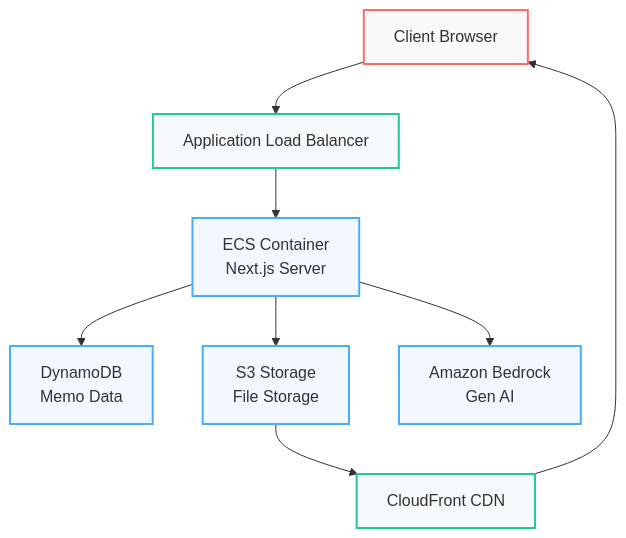
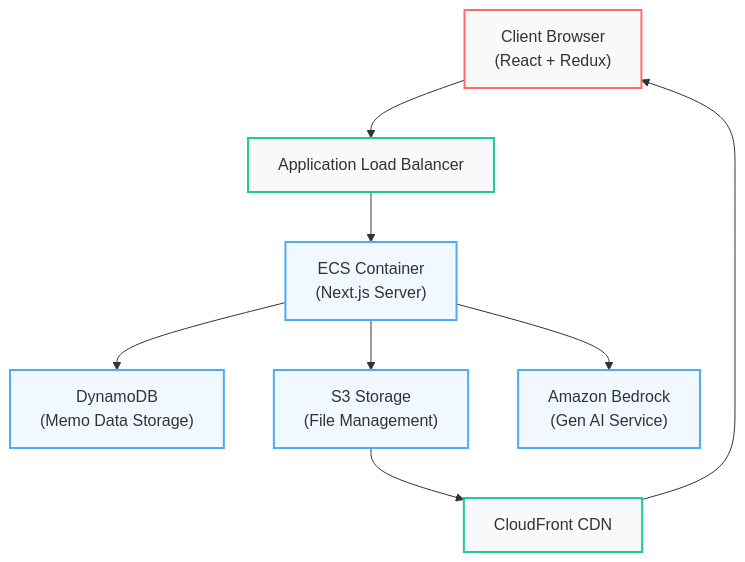
The diagram in README.md (hi-space/next-memo), drawn with Mermaid before and after one commit. The commit also changed other lines of this file, not shown here.

Commit message:
[docs] README

````diff
--- a/README.md
+++ b/README.md
@@ -57,32 +54,32 @@
 ```mermaid
 graph TD
-    %% Styling
-    classDef frontend fill:#f9f9f9,stroke:#ff6b6b,stroke-width:2px;
-    classDef backend fill:#f1f8ff,stroke:#4dabf7,stroke-width:2px;
-    classDef infrastructure fill:#f8f9fa,stroke:#20c997,stroke-width:2px;
+  %% Styling
+  classDef frontend fill:#f9f9f9,stroke:#ff6b6b,stroke-width:2px;
+  classDef backend fill:#f1f8ff,stroke:#4dabf7,stroke-width:2px;
+  classDef infrastructure fill:#f8f9fa,stroke:#20c997,stroke-width:2px;
 
-    %% Frontend Components
-    Client[Client Browser]
-    class Client frontend;
+  %% Frontend Components
+  Client["Client Browser<br/>(React + Redux)"]
+  class Client frontend;
 
-    %% Infrastructure Components
-    ALB[Application Load Balancer]
-    CloudFront[CloudFront CDN]
-    class ALB,CloudFront infrastructure;
+  %% Infrastructure Components
+  ALB["Application Load Balancer"]
+  CloudFront["CloudFront CDN"]
+  class ALB,CloudFront infrastructure;
 
-    %% Backend Components
-    ECS[ECS Container<br/>Next.js Server]
-    DynamoDB[DynamoDB<br/>Memo Data]
-    S3[S3 Storage<br/>File Storage]
-    Bedrock[Amazon Bedrock<br/>Gen AI]
-    class ECS,DynamoDB,S3,Bedrock backend;
+  %% Backend Components
+  ECS["ECS Container<br/>(Next.js Server)"]
+  DynamoDB["DynamoDB<br/>(Memo Data Storage)"]
+  S3["S3 Storage<br/>(File Management)"]
+  Bedrock["Amazon Bedrock<br/>(Gen AI Service)"]
+  class ECS,DynamoDB,S3,Bedrock backend;
 
-    %% Connections
-    Client --> ALB
-    ALB --> ECS
-    ECS --> DynamoDB
-    ECS --> S3
-    ECS --> Bedrock
-    S3 --> CloudFront
-    CloudFront --> Client
+  %% Connections
+  Client --> ALB
+  ALB --> ECS
+  ECS --> DynamoDB
+  ECS --> S3
+  ECS --> Bedrock
+  S3 --> CloudFront
+  CloudFront --> Client
 ```
````
